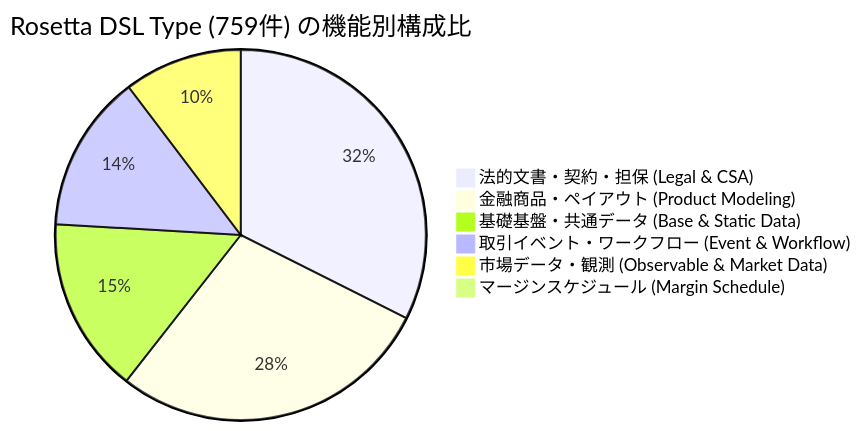
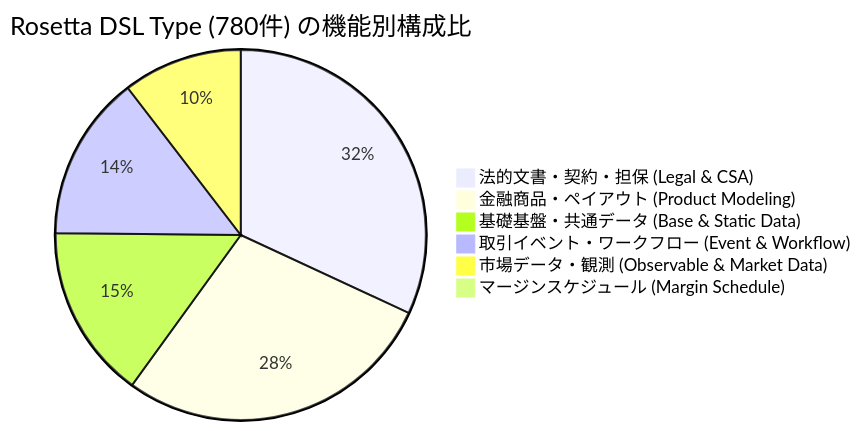
Before and after one commit to matsuuramasakazu/my_cdm_wiki: the first of 3 diagrams in cdm_wiki/overview/rosetta_dsl_inventory.md, drawn with Mermaid. The commit also changed other lines of this file and 8 other files, not shown here.

````diff
--- a/cdm_wiki/overview/rosetta_dsl_inventory.md
+++ b/cdm_wiki/overview/rosetta_dsl_inventory.md
@@ -47,9 +47,9 @@
 ```mermaid
-pie title Rosetta DSL Type (759件) の機能別構成比
-    "法的文書・契約・担保 (Legal & CSA)" : 245
-    "金融商品・ペイアウト (Product Modeling)" : 213
-    "基礎基盤・共通データ (Base & Static Data)" : 116
-    "取引イベント・ワークフロー (Event & Workflow)" : 104
-    "市場データ・観測 (Observable & Market Data)" : 78
+pie title Rosetta DSL Type (780件) の機能別構成比
+    "法的文書・契約・担保 (Legal & CSA)" : 248
+    "金融商品・ペイアウト (Product Modeling)" : 218
+    "基礎基盤・共通データ (Base & Static Data)" : 118
+    "取引イベント・ワークフロー (Event & Workflow)" : 112
+    "市場データ・観測 (Observable & Market Data)" : 81
     "マージンスケジュール (Margin Schedule)" : 3
 ```
````
